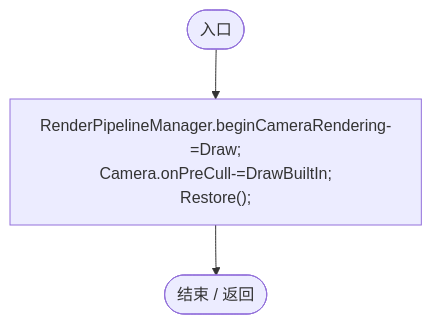
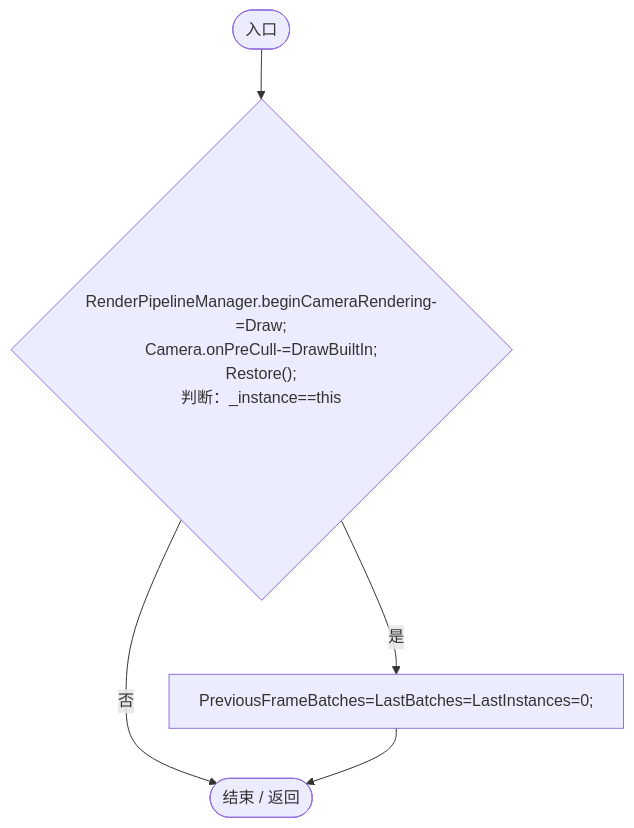
One commit to xhs6666/Darwin_paradise changed diagram 24 of 26 in Docs/运行流程图/脚本/29964f1f6c300ac9.md. Above: the diagram before and after it, drawn with Mermaid. The commit also changed other lines of this file and 150 other files, not shown here.

````diff
--- a/Docs/运行流程图/脚本/29964f1f6c300ac9.md
+++ b/Docs/运行流程图/脚本/29964f1f6c300ac9.md
@@ -947,9 +989,12 @@
 ```mermaid
 flowchart TD
   b0(["入口"])
-  b1["RenderPipelineManager.beginCameraRendering-=Draw;<br/>Camera.onPreCull-=DrawBuiltIn;<br/>Restore();"]
-  b2(["结束 / 返回"])
+  b1{"RenderPipelineManager.beginCameraRendering-=Draw;<br/>Camera.onPreCull-=DrawBuiltIn;<br/>Restore();<br/>判断：_instance==this"}
+  b2["PreviousFrameBatches=LastBatches=LastInstances=0;"]
+  b3(["结束 / 返回"])
   b0 --> b1
-  b1 --> b2
+  b1 -->|"是"| b2
+  b1 -->|"否"| b3
+  b2 --> b3
 
 ```
````
